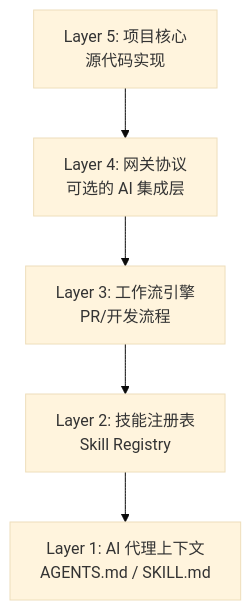
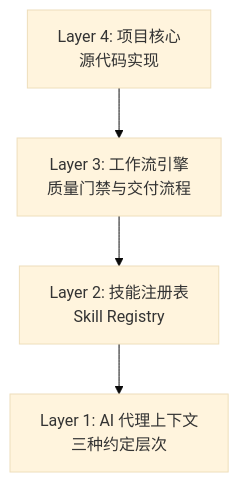
The first of 2 diagrams in docs/architecture.md (imchangchang/skills-registry), drawn with Mermaid (base theme) before and after one commit. The commit also changed other lines of this file and 1 other file, not shown here.

First line of the commit message:
refactor(architecture): 移除 Gateway Protocol 层

````diff
--- a/docs/architecture.md
+++ b/docs/architecture.md
@@ -5,8 +5,7 @@
 ```mermaid
 graph TB
-    L5[Layer 5: 项目核心<br/>源代码实现] --> L4
-    L4[Layer 4: 网关协议<br/>可选的 AI 集成层] --> L3
-    L3[Layer 3: 工作流引擎<br/>PR/开发流程] --> L2
+    L4[Layer 4: 项目核心<br/>源代码实现] --> L3
+    L3[Layer 3: 工作流引擎<br/>质量门禁与交付流程] --> L2
     L2[Layer 2: 技能注册表<br/>Skill Registry] --> L1
-    L1[Layer 1: AI 代理上下文<br/>AGENTS.md / SKILL.md]
+    L1[Layer 1: AI 代理上下文<br/>三种约定层次]
 ```
````
